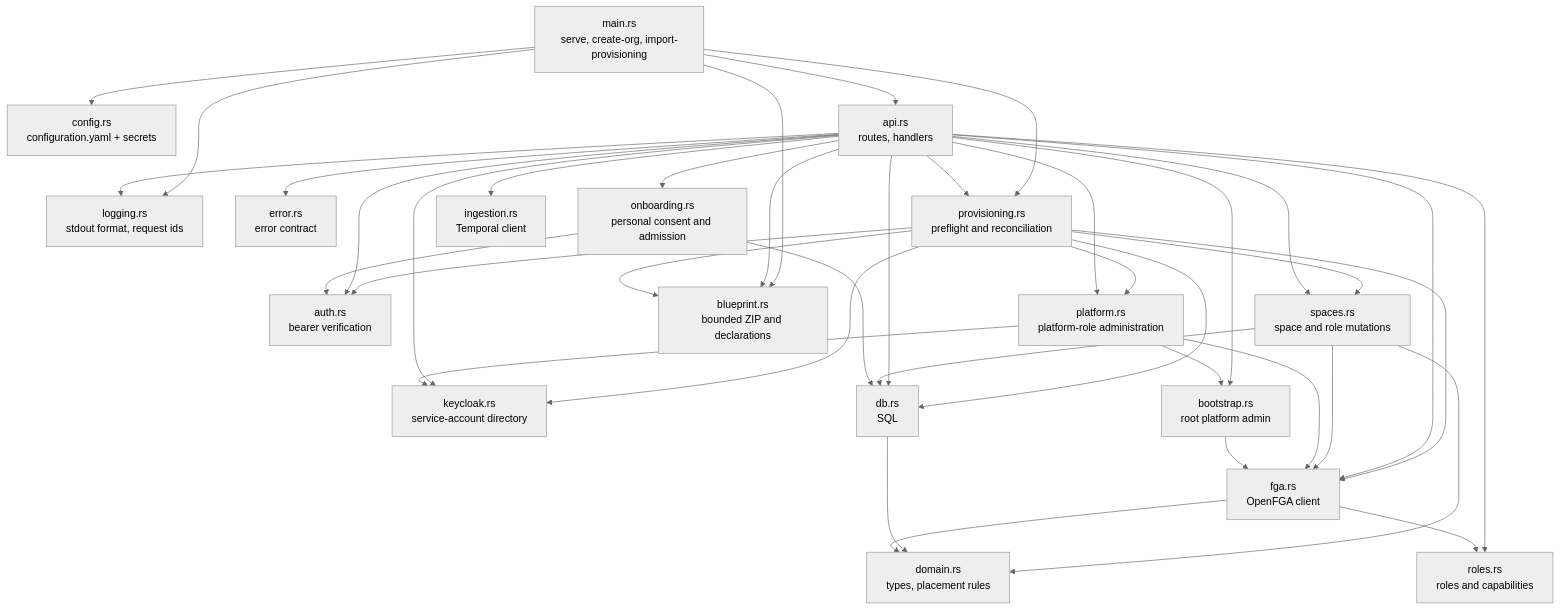
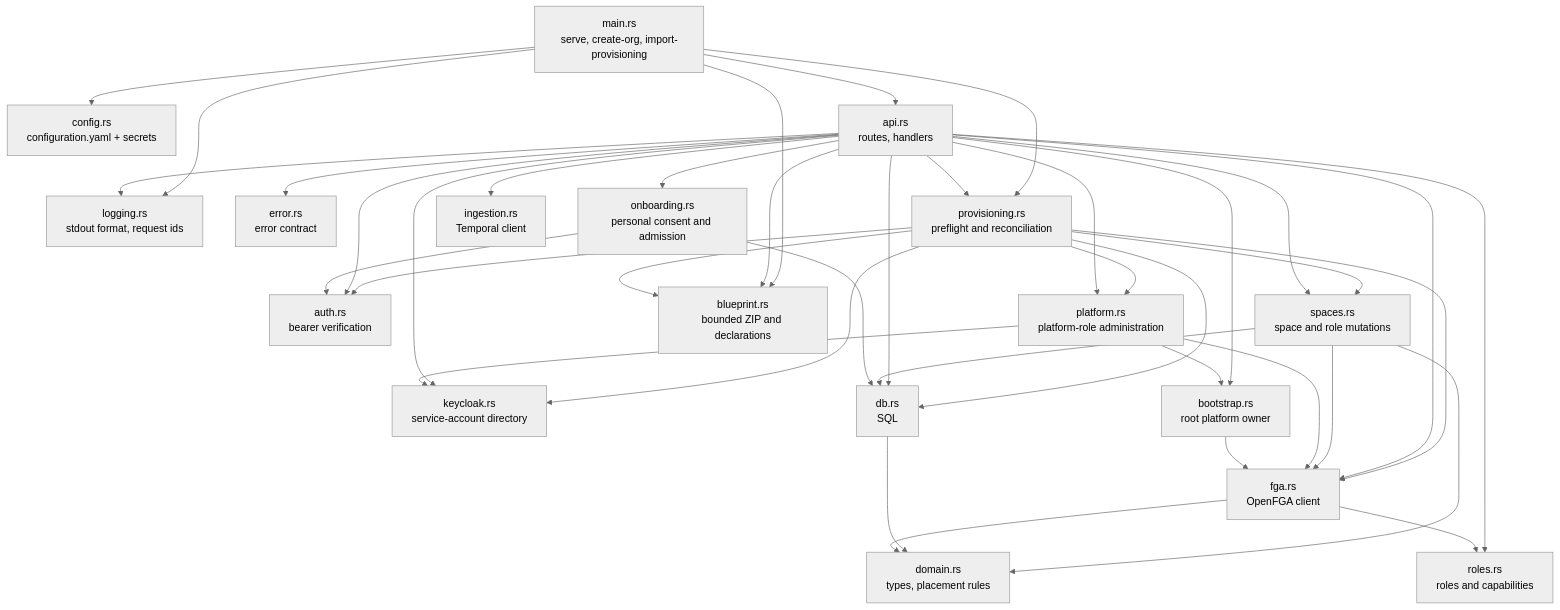
Before and after one commit to ThalesGroup/fred: the second of 9 diagrams in docs/architecture/A1-manager-runtime.md, drawn with Mermaid (neutral theme). The commit also changed other lines of this file and 36 other files, not shown here.

First line of the commit message:
feat(#3092): replace platform admin and team manager with owners

````diff
--- a/docs/architecture/A1-manager-runtime.md
+++ b/docs/architecture/A1-manager-runtime.md
@@ -46,35 +46,35 @@
 ```mermaid
 flowchart TB
     main["main.rs<br/>serve, create-org, import-provisioning"]
     config["config.rs<br/>configuration.yaml + secrets"]
     logging["logging.rs<br/>stdout format, request ids"]
     api["api.rs<br/>routes, handlers"]
     auth["auth.rs<br/>bearer verification"]
     error["error.rs<br/>error contract"]
     spaces["spaces.rs<br/>space and role mutations"]
     provisioning["provisioning.rs<br/>preflight and reconciliation"]
     blueprint["blueprint.rs<br/>bounded ZIP and declarations"]
     platform["platform.rs<br/>platform-role administration"]
     roles["roles.rs<br/>roles and capabilities"]
     directory["keycloak.rs<br/>service-account directory"]
     onboarding["onboarding.rs<br/>personal consent and admission"]
-    bootstrap["bootstrap.rs<br/>root platform admin"]
+    bootstrap["bootstrap.rs<br/>root platform owner"]
     domain["domain.rs<br/>types, placement rules"]
     db["db.rs<br/>SQL"]
     fga["fga.rs<br/>OpenFGA client"]
     ingestion["ingestion.rs<br/>Temporal client"]
 
     main --> config & logging & api & provisioning & blueprint
     api --> provisioning & blueprint
     provisioning --> blueprint
     provisioning --> auth & platform & directory & db & fga & spaces
     api --> auth & error & spaces & bootstrap & db & fga & ingestion & logging
     spaces --> domain & db & fga
     api --> platform & roles & directory & onboarding
     onboarding --> auth & db
     platform --> bootstrap & directory & fga
     fga --> roles
     bootstrap --> fga
     db --> domain
     fga --> domain
 ```
````
